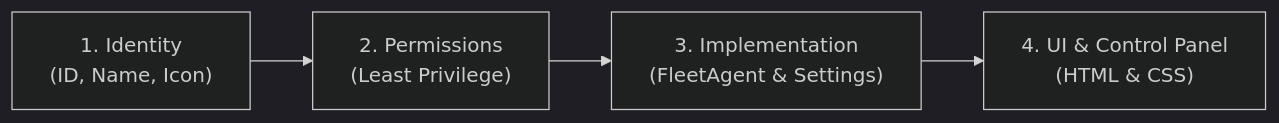
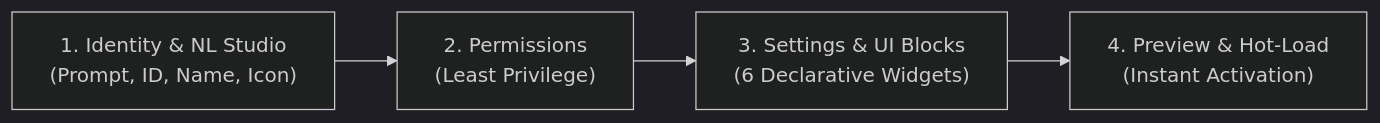
One commit to macazaka/personal-agentic-fleet changed the diagram in .agents/skills/create-agent/SKILL.md. Above: the diagram before and after it, drawn with Mermaid (dark theme). The commit also changed other lines of this file and 43 other files, not shown here.

Commit message:
feat(ux): implement P1 roadmap features UX-01 to UX-05 (Zero-Code Studio, Process Discovery, Playbooks, .fleetagent Packs, Unified Omnibar)

````diff
--- a/.agents/skills/create-agent/SKILL.md
+++ b/.agents/skills/create-agent/SKILL.md
@@ -19,6 +48,6 @@
 ```mermaid
 flowchart LR
-    A["1. Identity<br/>(ID, Name, Icon)"] --> B["2. Permissions<br/>(Least Privilege)"]
-    B --> C["3. Implementation<br/>(FleetAgent & Settings)"]
-    C --> D["4. UI & Control Panel<br/>(HTML & CSS)"]
+    A["1. Identity & NL Studio<br/>(Prompt, ID, Name, Icon)"] --> B["2. Permissions<br/>(Least Privilege)"]
+    B --> C["3. Settings & UI Blocks<br/>(6 Declarative Widgets)"]
+    C --> D["4. Preview & Hot-Load<br/>(Instant Activation)"]
 ```
````
